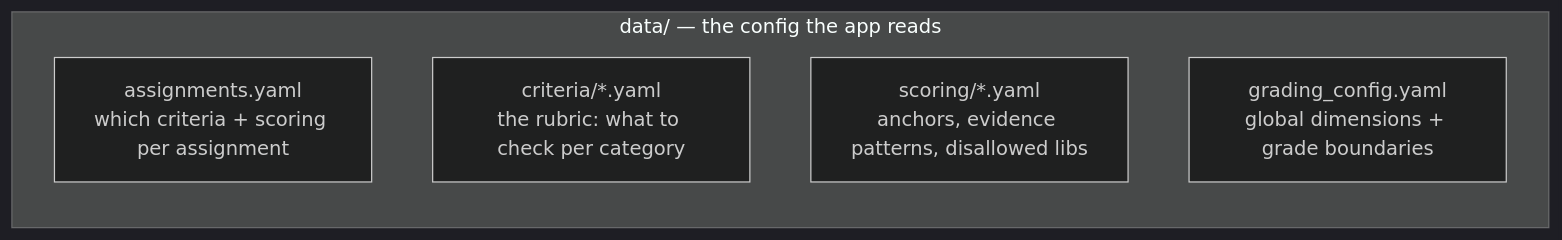
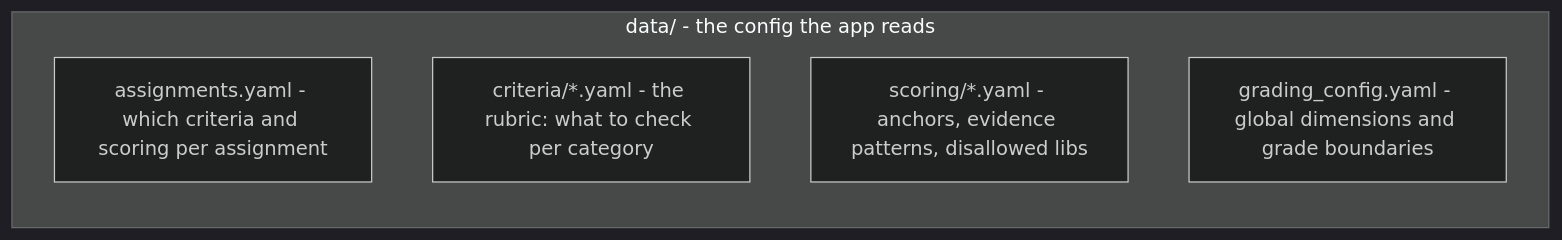
One commit to EmKaCe/scipro_review changed the third of 3 diagrams in .github/references/concepts.md. Above: the diagram before and after it, drawn with Mermaid (dark theme). The commit also changed other lines of this file and 2 other files, not shown here.

First line of the commit message:
docs: fix mermaid rendering + stale claims; drop internal release-readiness roadmap

````diff
--- a/.github/references/concepts.md
+++ b/.github/references/concepts.md
@@ -115,9 +115,9 @@
 ```mermaid
 flowchart LR
-    subgraph data[data/ — the config the app reads]
-        A[assignments.yaml<br/>which criteria + scoring per assignment]
-        C[criteria/*.yaml<br/>the rubric: what to check per category]
-        S[scoring/*.yaml<br/>anchors, evidence patterns, disallowed libs]
-        G[grading_config.yaml<br/>global dimensions + grade boundaries]
+    subgraph data[data/ - the config the app reads]
+        A[assignments.yaml - which criteria and scoring per assignment]
+        C[criteria/*.yaml - the rubric: what to check per category]
+        S[scoring/*.yaml - anchors, evidence patterns, disallowed libs]
+        G[grading_config.yaml - global dimensions and grade boundaries]
     end
 ```
````
